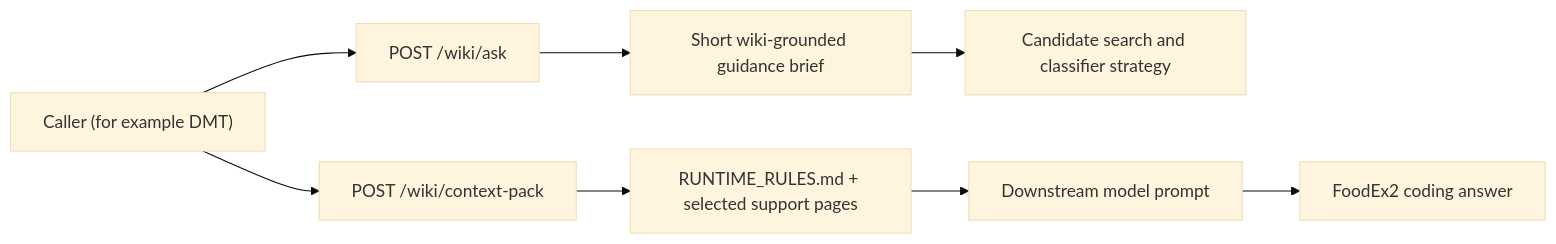
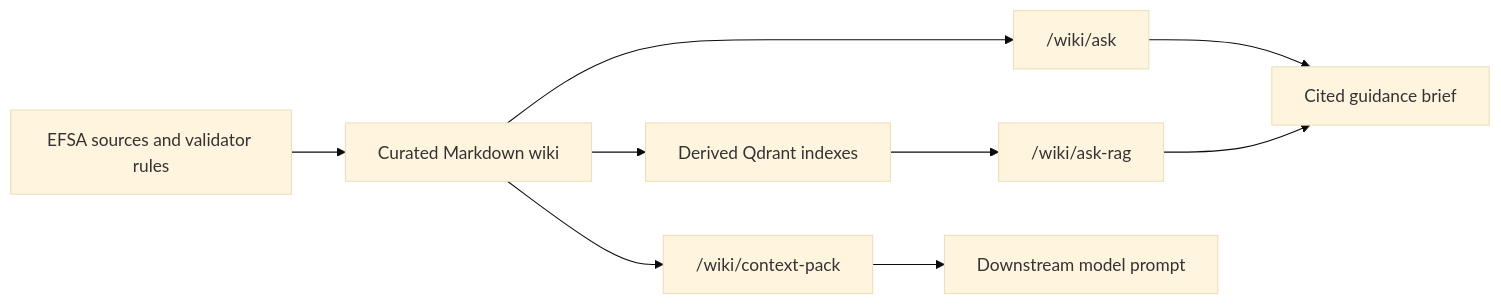
Before and after one commit to Chili36/Foodex2_Wiki: the diagram in README.md, drawn with Mermaid (base theme). The commit also changed other lines of this file, not shown here.

````diff
--- a/README.md
+++ b/README.md
@@ -104,10 +23,11 @@
 ```mermaid
 flowchart LR
-    A["Caller (for example DMT)"] --> B["POST /wiki/ask"]
-    B --> C["Short wiki-grounded guidance brief"]
-    C --> D["Candidate search and classifier strategy"]
-    A --> E["POST /wiki/context-pack"]
-    E --> F["RUNTIME_RULES.md + selected support pages"]
-    F --> G["Downstream model prompt"]
-    G --> H["FoodEx2 coding answer"]
+    S["EFSA sources and validator rules"] --> W["Curated Markdown wiki"]
+    W --> A["/wiki/ask"]
+    W --> C["/wiki/context-pack"]
+    W --> Q["Derived Qdrant indexes"]
+    Q --> R["/wiki/ask-rag"]
+    A --> B["Cited guidance brief"]
+    R --> B
+    C --> P["Downstream model prompt"]
 ```
````
